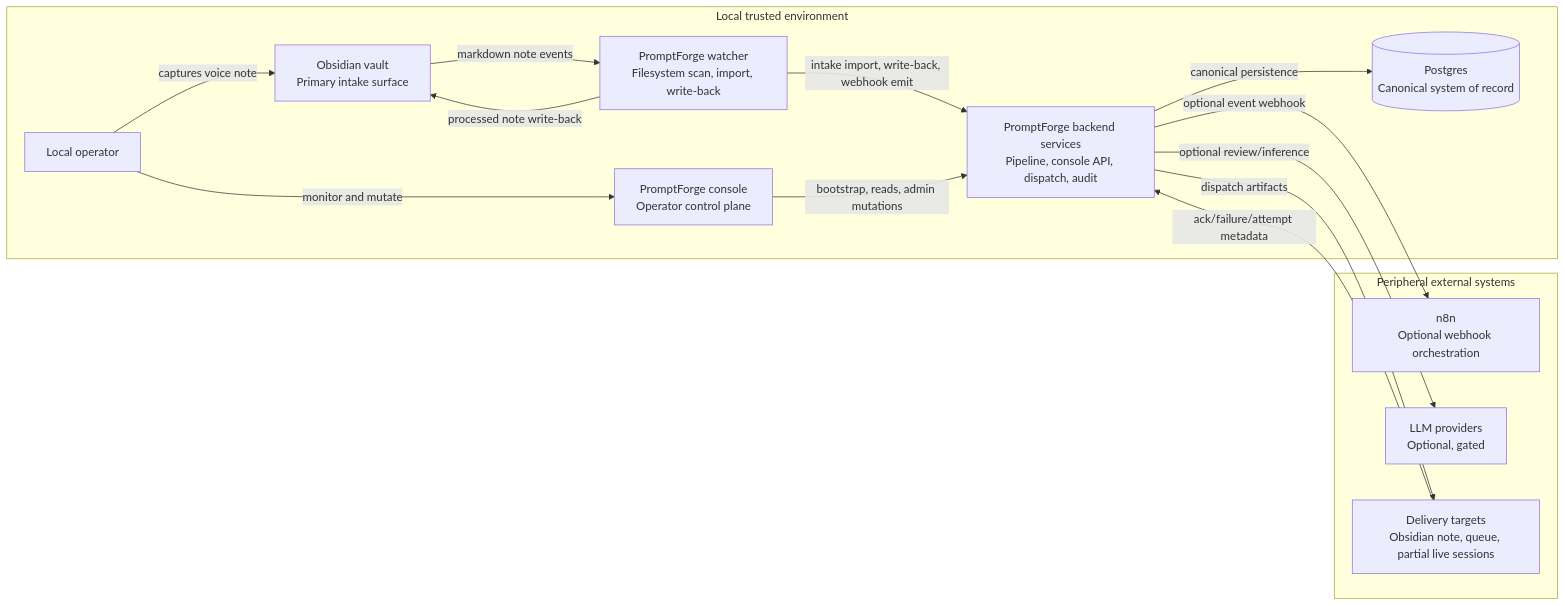
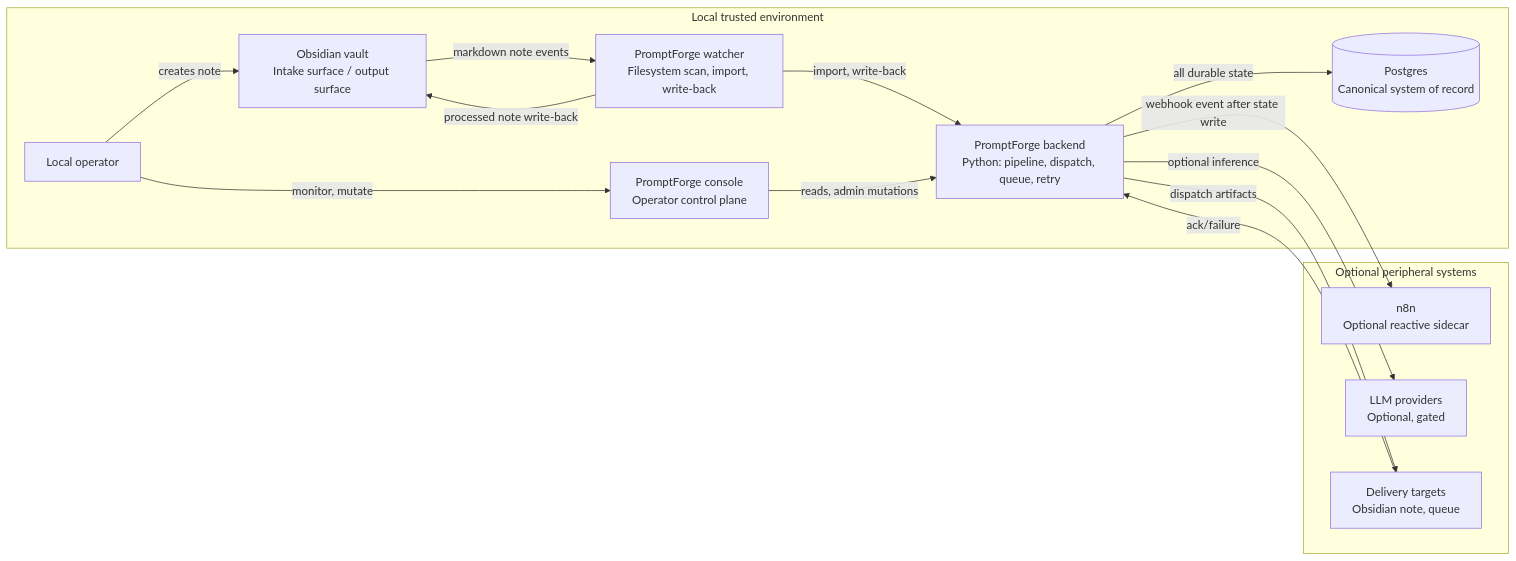
One commit to ngallodev-software/stt-n8n-promptbuilder changed the first of 9 diagrams in docs/promptforge-system-architecture.md. Above: the diagram before and after it, drawn with Mermaid. The commit also changed other lines of this file and 27 other files, not shown here.

````diff
--- a/docs/promptforge-system-architecture.md
+++ b/docs/promptforge-system-architecture.md
@@ -12,39 +23,39 @@
 ```mermaid
 flowchart LR
   operator[Local operator]
-  vault[Obsidian vault<br/>Primary intake surface]
+  vault[Obsidian vault<br/>Intake surface / output surface]
   watcher[PromptForge watcher<br/>Filesystem scan, import, write-back]
-  backend[PromptForge backend services<br/>Pipeline, console API, dispatch, audit]
+  backend[PromptForge backend<br/>Python: pipeline, dispatch, queue, retry]
   pg[(Postgres<br/>Canonical system of record)]
   console[PromptForge console<br/>Operator control plane]
-  n8n[n8n<br/>Optional webhook orchestration]
+  n8n[n8n<br/>Optional reactive sidecar]
   llm[LLM providers<br/>Optional, gated]
-  targets[Delivery targets<br/>Obsidian note, queue, partial live sessions]
+  targets[Delivery targets<br/>Obsidian note, queue]
 
-  operator -->|captures voice note| vault
+  operator -->|creates note| vault
   vault -->|markdown note events| watcher
-  watcher -->|intake import, write-back, webhook emit| backend
-  backend -->|canonical persistence| pg
-  operator -->|monitor and mutate| console
-  console -->|bootstrap, reads, admin mutations| backend
-  backend -->|optional event webhook| n8n
-  backend -->|optional review/inference| llm
+  watcher -->|import, write-back| backend
+  backend -->|all durable state| pg
+  operator -->|monitor, mutate| console
+  console -->|reads, admin mutations| backend
+  backend -->|webhook event after state write| n8n
+  backend -->|optional inference| llm
   backend -->|dispatch artifacts| targets
-  targets -->|ack/failure/attempt metadata| backend
+  targets -->|ack/failure| backend
   watcher -->|processed note write-back| vault
 
   subgraph local[Local trusted environment]
     operator
     vault
     watcher
     backend
     console
     pg
   end
 
-  subgraph external[Peripheral external systems]
+  subgraph peripheral[Optional peripheral systems]
     n8n
     llm
     targets
   end
 ```
````
